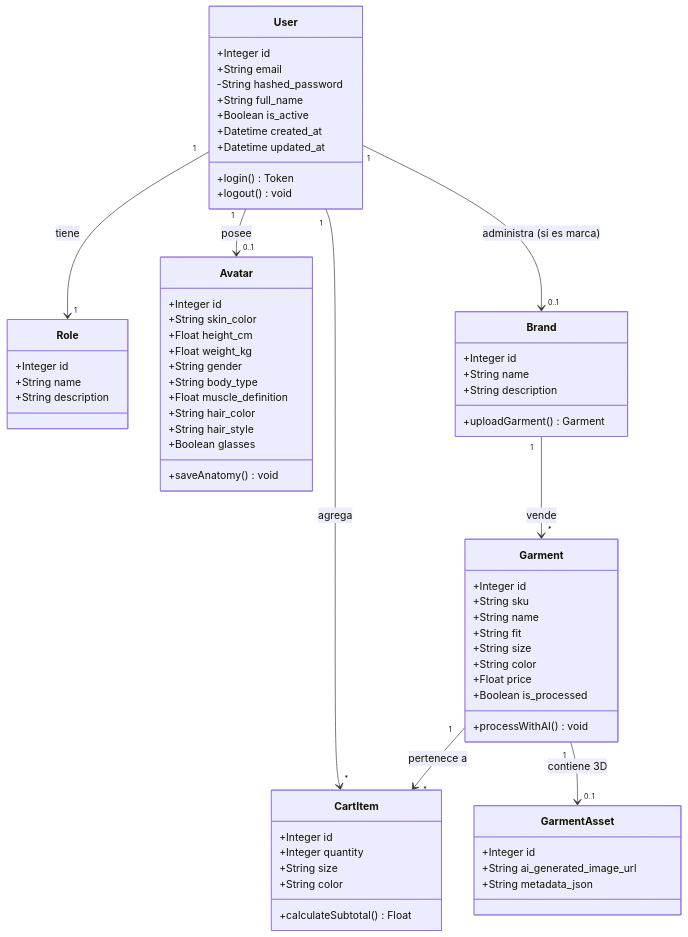
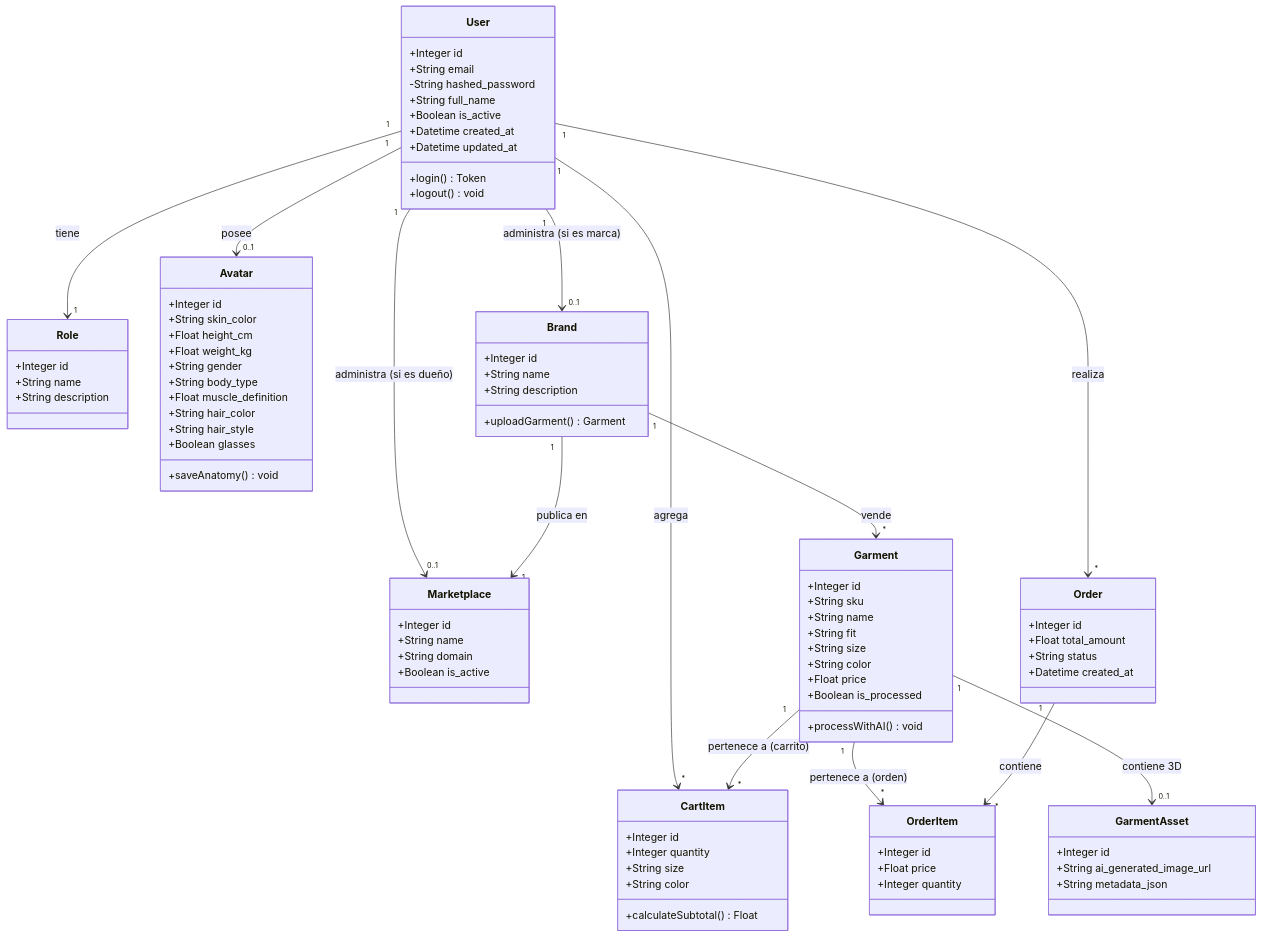
One commit to tominadal/TryOn_progra2 changed the diagram in docs/diagrama_clases.md. Above: the diagram before and after it, drawn with Mermaid. The commit also changed 3 other files, not shown here.

````diff
--- a/docs/diagrama_clases.md
+++ b/docs/diagrama_clases.md
@@ -20,6 +20,13 @@
         +Integer id
         +String name
         +String description
+    }
+
+    class Marketplace {
+        +Integer id
+        +String name
+        +String domain
+        +Boolean is_active
     }
 
     class Avatar {
@@ -69,14 +76,33 @@
         +calculateSubtotal() Float
     }
 
+    class Order {
+        +Integer id
+        +Float total_amount
+        +String status
+        +Datetime created_at
+    }
+
+    class OrderItem {
+        +Integer id
+        +Float price
+        +Integer quantity
+    }
+
     %% Asociaciones
     User "1" --> "1" Role : tiene
     User "1" --> "0..1" Avatar : posee
     User "1" --> "*" CartItem : agrega
+    User "1" --> "*" Order : realiza
     User "1" --> "0..1" Brand : administra (si es marca)
+    User "1" --> "0..1" Marketplace : administra (si es dueño)
     
+    Brand "1" --> "1" Marketplace : publica en
     Brand "1" --> "*" Garment : vende
     
     Garment "1" --> "0..1" GarmentAsset : contiene 3D
-    Garment "1" --> "*" CartItem : pertenece a
+    Garment "1" --> "*" CartItem : pertenece a (carrito)
+    Garment "1" --> "*" OrderItem : pertenece a (orden)
+    
+    Order "1" --> "*" OrderItem : contiene
 ```
````
